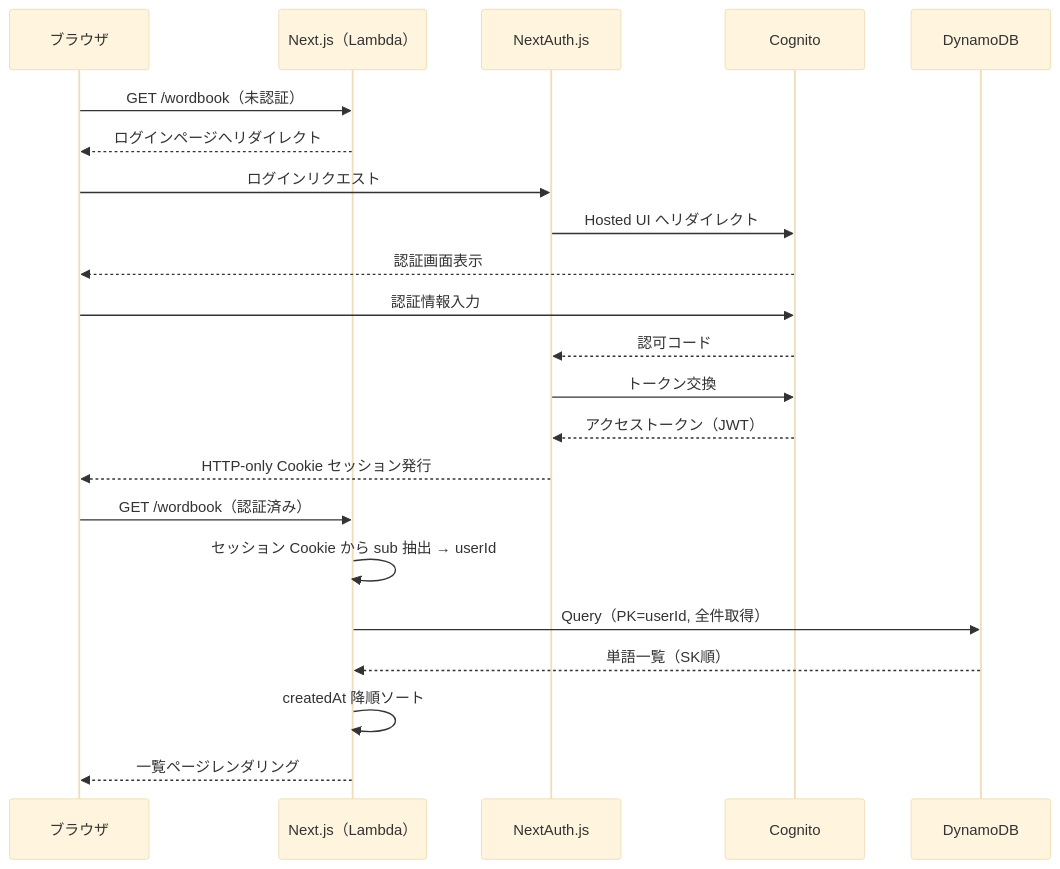
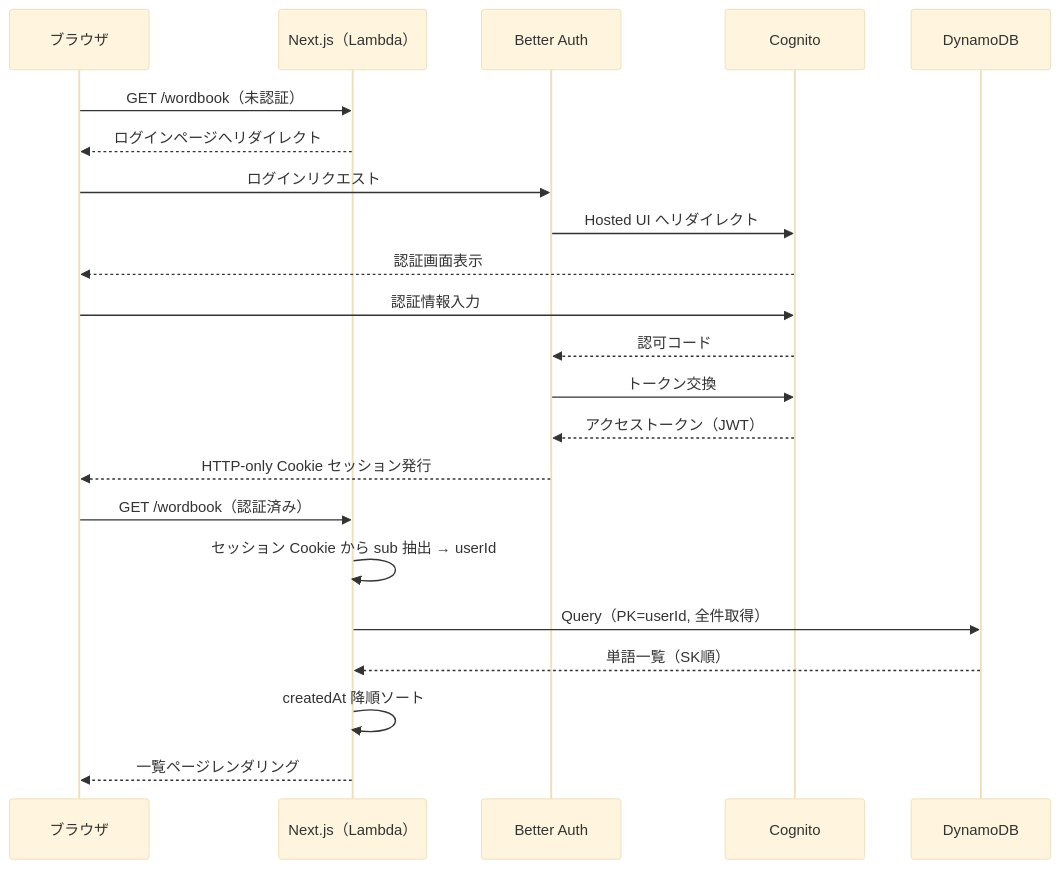
One commit to ANTON072/AI-Wordbook changed the fifth of 5 diagrams in docs/002_functional-design.md. Above: the diagram before and after it, drawn with Mermaid (base theme). The commit also changed other lines of this file and 2 other files, not shown here.

Commit message:
feat: ドキュメントの整合性レビューエージェントの説明を強化し、SDD実装可能性の検査項目を追加

````diff
--- a/docs/002_functional-design.md
+++ b/docs/002_functional-design.md
@@ -177,25 +177,25 @@
 ```mermaid
 sequenceDiagram
   participant BR as ブラウザ
   participant NEXT as Next.js（Lambda）
-  participant NAUTH as NextAuth.js
+  participant BAUTH as Better Auth
   participant COG as Cognito
   participant DDB as DynamoDB
 
   BR->>NEXT: GET /wordbook（未認証）
   NEXT-->>BR: ログインページへリダイレクト
-  BR->>NAUTH: ログインリクエスト
-  NAUTH->>COG: Hosted UI へリダイレクト
+  BR->>BAUTH: ログインリクエスト
+  BAUTH->>COG: Hosted UI へリダイレクト
   COG-->>BR: 認証画面表示
   BR->>COG: 認証情報入力
-  COG-->>NAUTH: 認可コード
-  NAUTH->>COG: トークン交換
-  COG-->>NAUTH: アクセストークン（JWT）
-  NAUTH-->>BR: HTTP-only Cookie セッション発行
+  COG-->>BAUTH: 認可コード
+  BAUTH->>COG: トークン交換
+  COG-->>BAUTH: アクセストークン（JWT）
+  BAUTH-->>BR: HTTP-only Cookie セッション発行
   BR->>NEXT: GET /wordbook（認証済み）
   NEXT->>NEXT: セッション Cookie から sub 抽出 → userId
   NEXT->>DDB: Query（PK=userId, 全件取得）
   DDB-->>NEXT: 単語一覧（SK順）
   NEXT->>NEXT: createdAt 降順ソート
   NEXT-->>BR: 一覧ページレンダリング
 ```
````
